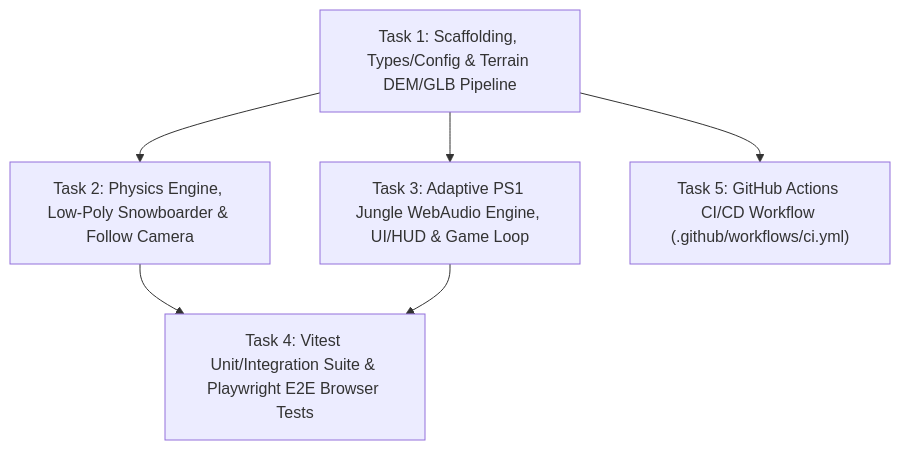
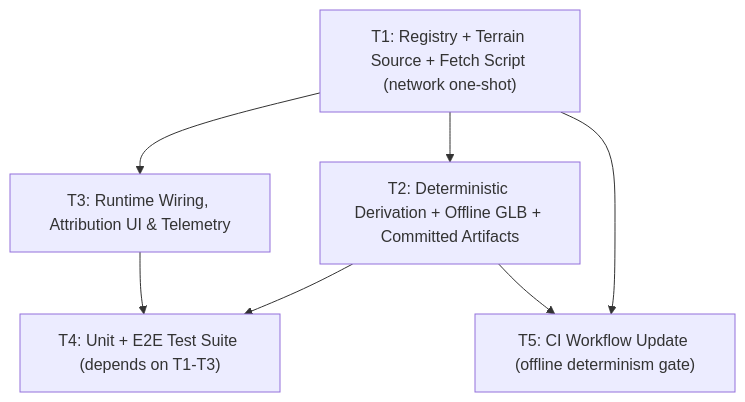
Before and after one commit to reynish/ogsnow: the diagram in wiki/tasks.md, drawn with Mermaid. The commit also changed other lines of this file and 5 other files, not shown here.

Commit message:
docs(wiki): ADR-0007 two-stage open-map terrain pipeline, C4 + contracts, Iteration 2 tasks

````diff
--- a/wiki/tasks.md
+++ b/wiki/tasks.md
@@ -9,14 +9,15 @@
 ```mermaid
 flowchart TD
-    T1["Task 1: Scaffolding, Types/Config & Terrain DEM/GLB Pipeline"]
-    T2["Task 2: Physics Engine, Low-Poly Snowboarder & Follow Camera"]
-    T3["Task 3: Adaptive PS1 Jungle WebAudio Engine, UI/HUD & Game Loop"]
-    T4["Task 4: Vitest Unit/Integration Suite & Playwright E2E Browser Tests"]
-    T5["Task 5: GitHub Actions CI/CD Workflow (.github/workflows/ci.yml)"]
+    T1["T1: Registry + Terrain Source + Fetch Script (network one-shot)"]
+    T2["T2: Deterministic Derivation + Offline GLB + Committed Artifacts"]
+    T3["T3: Runtime Wiring, Attribution UI & Telemetry"]
+    T4["T4: Unit + E2E Test Suite (depends on T1-T3)"]
+    T5["T5: CI Workflow Update (offline determinism gate)"]
 
     T1 --> T2
     T1 --> T3
-    T1 --> T5
     T2 --> T4
     T3 --> T4
+    T1 --> T5
+    T2 --> T5
 ```
````
